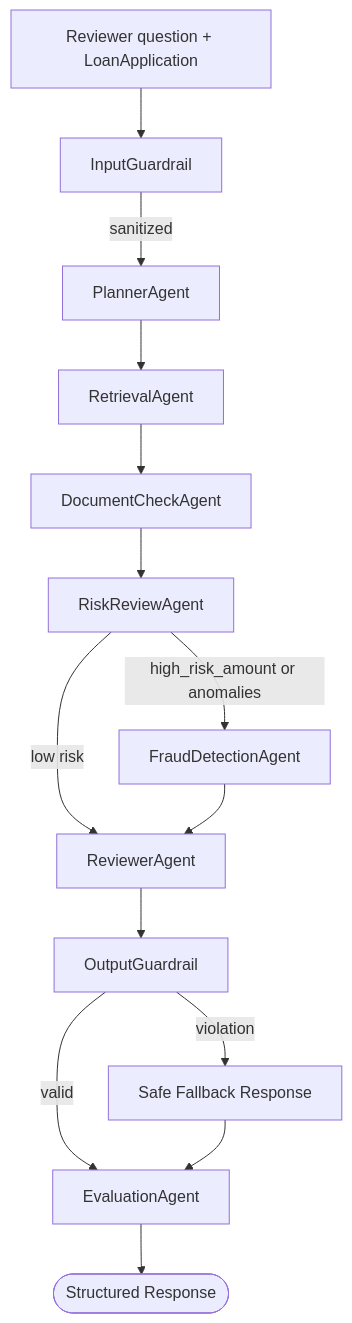
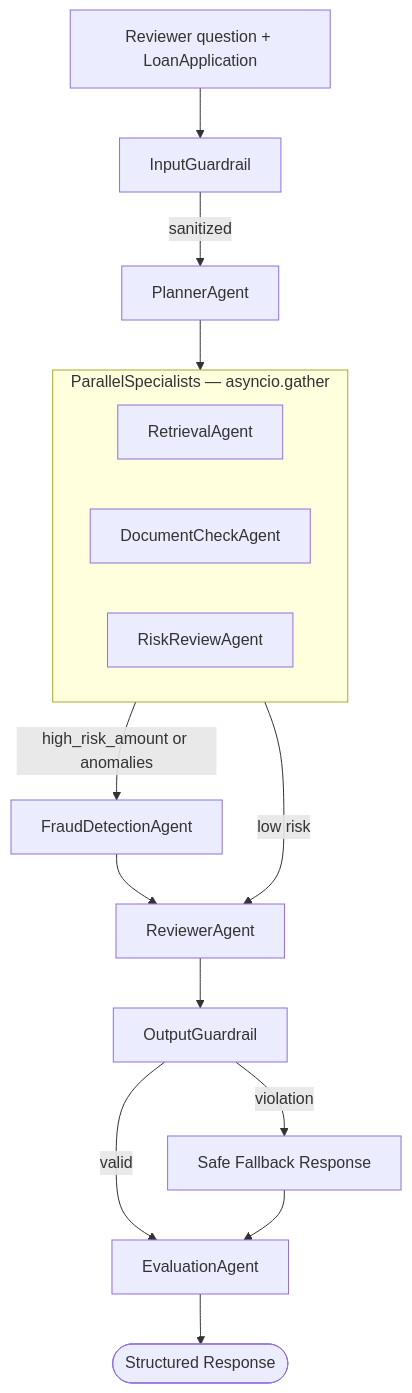
The diagram in loanflow-ai-project1/docs/USE_CASES.md (geetav24/ik-ai-capstone-projects), drawn with Mermaid before and after one commit. The commit also changed other lines of this file and 2 other files, not shown here.

````diff
--- a/loanflow-ai-project1/docs/USE_CASES.md
+++ b/loanflow-ai-project1/docs/USE_CASES.md
@@ -70,16 +70,19 @@
 ```mermaid
 flowchart TD
     Q[Reviewer question + LoanApplication] --> IG[InputGuardrail]
     IG -->|sanitized| P[PlannerAgent]
-    P --> R[RetrievalAgent]
-    R --> DC[DocumentCheckAgent]
-    DC --> RR[RiskReviewAgent]
-    RR -->|high_risk_amount or anomalies| F[FraudDetectionAgent]
-    RR -->|low risk| RV[ReviewerAgent]
+    P --> PS
+    subgraph PS[ParallelSpecialists — asyncio.gather]
+        R[RetrievalAgent]
+        DC[DocumentCheckAgent]
+        RR[RiskReviewAgent]
+    end
+    PS -->|high_risk_amount or anomalies| F[FraudDetectionAgent]
+    PS -->|low risk| RV[ReviewerAgent]
     F --> RV
     RV --> OG[OutputGuardrail]
     OG -->|valid| EV[EvaluationAgent]
     OG -->|violation| FB[Safe Fallback Response]
     FB --> EV
     EV --> END([Structured Response])
 ```
````
